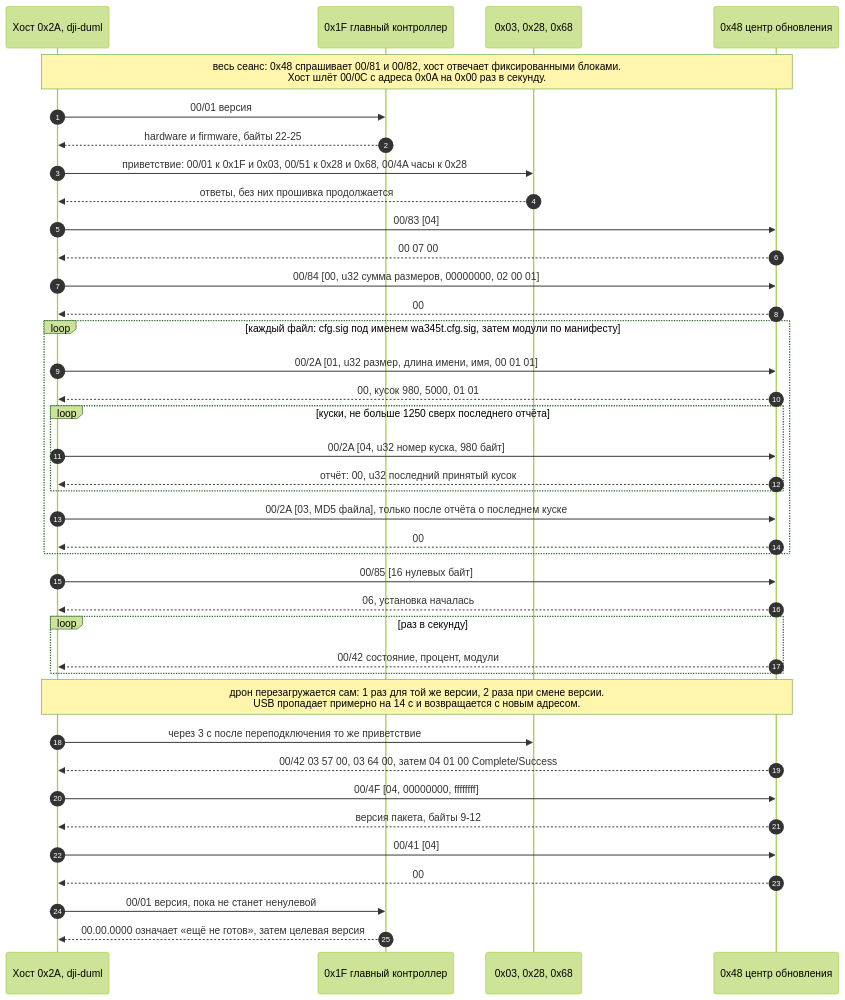
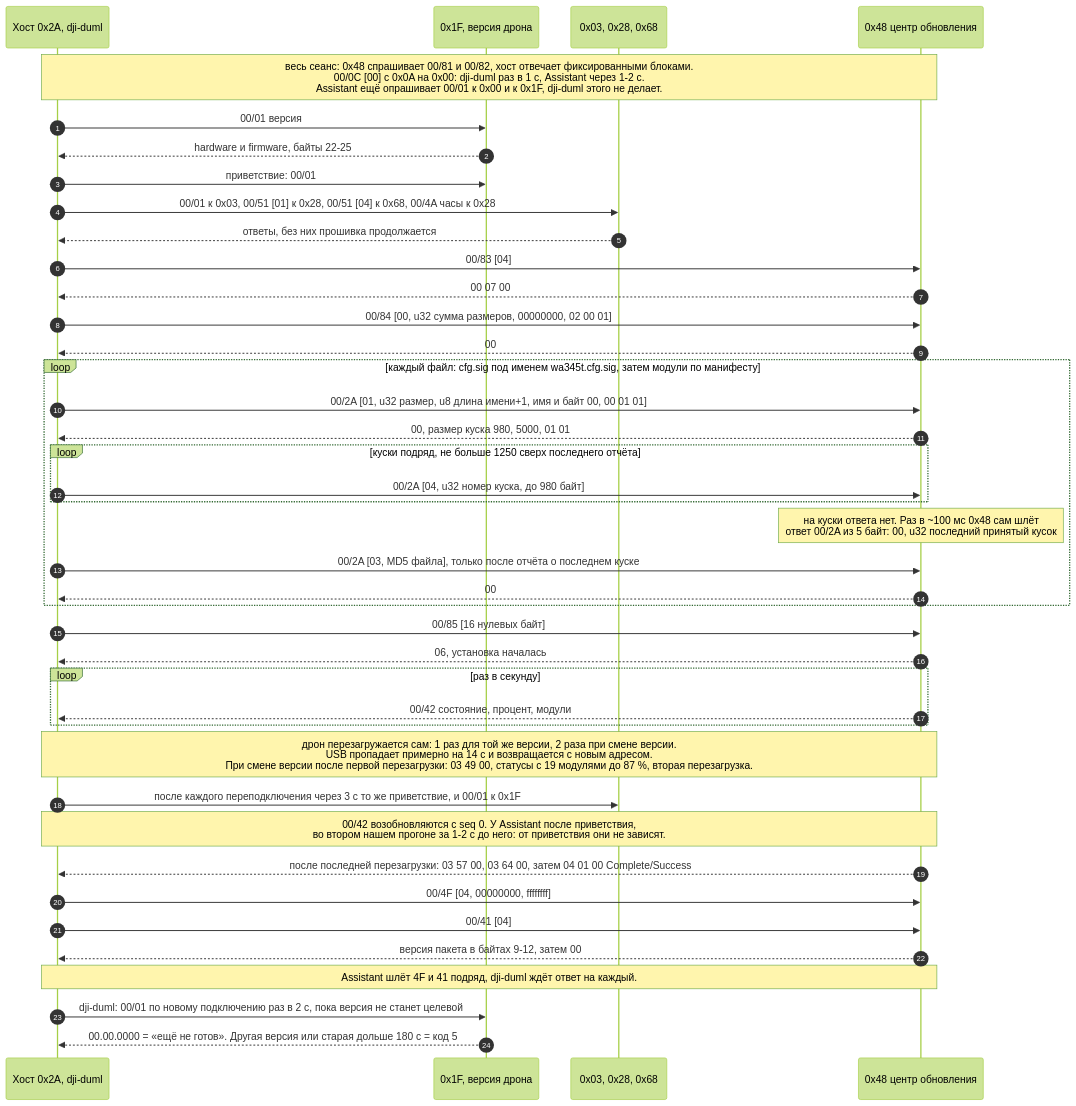
One commit to kewl-ua/m4_cli_flasher changed the second of 3 diagrams in docs/duml.md. Above: the diagram before and after it, drawn with Mermaid (forest theme). The commit also changed other lines of this file and 3 other files, not shown here.

First line of the commit message:
docs: correct the diagrams after a fact check

````diff
--- a/docs/duml.md
+++ b/docs/duml.md
@@ -110,41 +110,43 @@
 ```mermaid
 sequenceDiagram
     autonumber
     participant H as Хост 0x2A, dji-duml
-    participant F as 0x1F главный контроллер
+    participant F as 0x1F, версия дрона
     participant M as 0x03, 0x28, 0x68
     participant U as 0x48 центр обновления
-    Note over H,U: весь сеанс: 0x48 спрашивает 00/81 и 00/82, хост отвечает фиксированными блоками.<br/>Хост шлёт 00/0C с адреса 0x0A на 0x00 раз в секунду.
+    Note over H,U: весь сеанс: 0x48 спрашивает 00/81 и 00/82, хост отвечает фиксированными блоками.<br/>00/0C [00] с 0x0A на 0x00: dji-duml раз в 1 с, Assistant через 1-2 с.<br/>Assistant ещё опрашивает 00/01 к 0x00 и к 0x1F, dji-duml этого не делает.
     H->>F: 00/01 версия
     F-->>H: hardware и firmware, байты 22-25
-    H->>M: приветствие: 00/01 к 0x1F и 0x03, 00/51 к 0x28 и 0x68, 00/4A часы к 0x28
+    H->>F: приветствие: 00/01
+    H->>M: 00/01 к 0x03, 00/51 [01] к 0x28, 00/51 [04] к 0x68, 00/4A часы к 0x28
     M-->>H: ответы, без них прошивка продолжается
     H->>U: 00/83 [04]
     U-->>H: 00 07 00
     H->>U: 00/84 [00, u32 сумма размеров, 00000000, 02 00 01]
     U-->>H: 00
     loop каждый файл: cfg.sig под именем wa345t.cfg.sig, затем модули по манифесту
-        H->>U: 00/2A [01, u32 размер, длина имени, имя, 00 01 01]
-        U-->>H: 00, кусок 980, 5000, 01 01
-        loop куски, не больше 1250 сверх последнего отчёта
-            H->>U: 00/2A [04, u32 номер куска, 980 байт]
-            U-->>H: отчёт: 00, u32 последний принятый кусок
+        H->>U: 00/2A [01, u32 размер, u8 длина имени+1, имя и байт 00, 00 01 01]
+        U-->>H: 00, размер куска 980, 5000, 01 01
+        loop куски подряд, не больше 1250 сверх последнего отчёта
+            H->>U: 00/2A [04, u32 номер куска, до 980 байт]
         end
+        Note over U: на куски ответа нет. Раз в ~100 мс 0x48 сам шлёт<br/>ответ 00/2A из 5 байт: 00, u32 последний принятый кусок
         H->>U: 00/2A [03, MD5 файла], только после отчёта о последнем куске
         U-->>H: 00
     end
     H->>U: 00/85 [16 нулевых байт]
     U-->>H: 06, установка началась
     loop раз в секунду
         U-->>H: 00/42 состояние, процент, модули
     end
-    Note over H,U: дрон перезагружается сам: 1 раз для той же версии, 2 раза при смене версии.<br/>USB пропадает примерно на 14 с и возвращается с новым адресом.
-    H->>M: через 3 с после переподключения то же приветствие
-    U-->>H: 00/42 03 57 00, 03 64 00, затем 04 01 00 Complete/Success
+    Note over H,U: дрон перезагружается сам: 1 раз для той же версии, 2 раза при смене версии.<br/>USB пропадает примерно на 14 с и возвращается с новым адресом.<br/>При смене версии после первой перезагрузки: 03 49 00, статусы с 19 модулями до 87 %, вторая перезагрузка.
+    H->>M: после каждого переподключения через 3 с то же приветствие, и 00/01 к 0x1F
+    Note over H,U: 00/42 возобновляются с seq 0. У Assistant после приветствия,<br/>во втором нашем прогоне за 1-2 с до него: от приветствия они не зависят.
+    U-->>H: после последней перезагрузки: 03 57 00, 03 64 00, затем 04 01 00 Complete/Success
     H->>U: 00/4F [04, 00000000, ffffffff]
-    U-->>H: версия пакета, байты 9-12
     H->>U: 00/41 [04]
-    U-->>H: 00
-    H->>F: 00/01 версия, пока не станет ненулевой
-    F-->>H: 00.00.0000 означает «ещё не готов», затем целевая версия
+    U-->>H: версия пакета в байтах 9-12, затем 00
+    Note over H,U: Assistant шлёт 4F и 41 подряд, dji-duml ждёт ответ на каждый.
+    H->>F: dji-duml: 00/01 по новому подключению раз в 2 с, пока версия не станет целевой
+    F-->>H: 00.00.0000 = «ещё не готов». Другая версия или старая дольше 180 с = код 5
 ```
````
